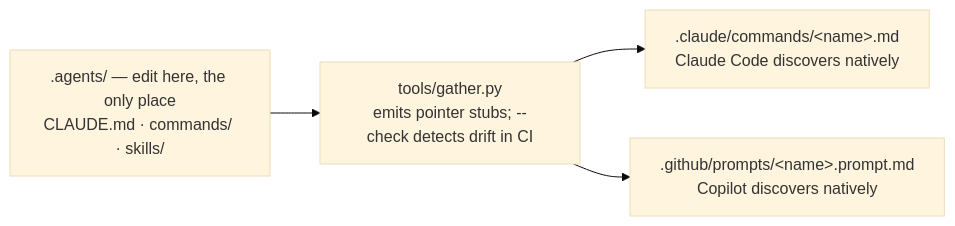
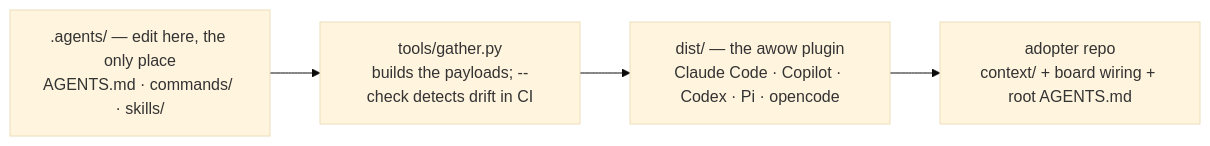
The diagram in guides/guide-setup-and-two-harnesses.md (CauchyIO/awow), drawn with Mermaid (base theme) before and after one commit. The commit also changed other lines of this file and 182 other files, not shown here.

````diff
--- a/guides/guide-setup-and-two-harnesses.md
+++ b/guides/guide-setup-and-two-harnesses.md
@@ -109,6 +102,6 @@
 ```mermaid
 flowchart LR
-  agents[".agents/ — edit here, the only place<br/>CLAUDE.md · commands/ · skills/"] --> gather["tools/gather.py<br/>emits pointer stubs; --check detects drift in CI"]
-  gather --> claude[".claude/commands/&lt;name&gt;.md<br/>Claude Code discovers natively"]
-  gather --> gh[".github/prompts/&lt;name&gt;.prompt.md<br/>Copilot discovers natively"]
+  agents[".agents/ — edit here, the only place<br/>AGENTS.md · commands/ · skills/"] --> gather["tools/gather.py<br/>builds the payloads; --check detects drift in CI"]
+  gather --> dist["dist/ — the awow plugin<br/>Claude Code · Copilot · Codex · Pi · opencode"]
+  dist --> adopter["adopter repo<br/>context/ + board wiring + root AGENTS.md"]
 ```
````
